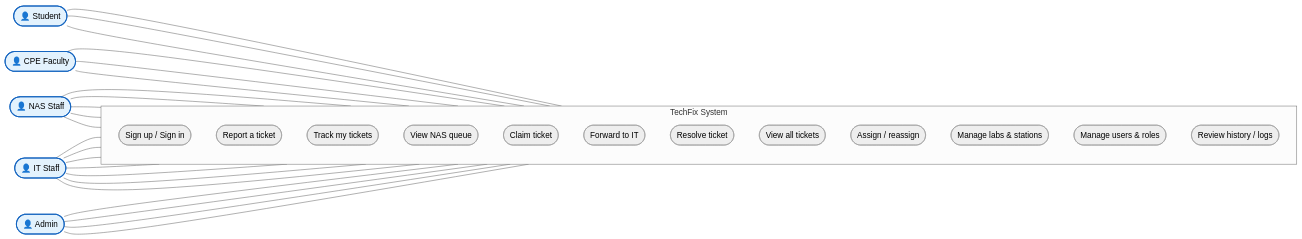
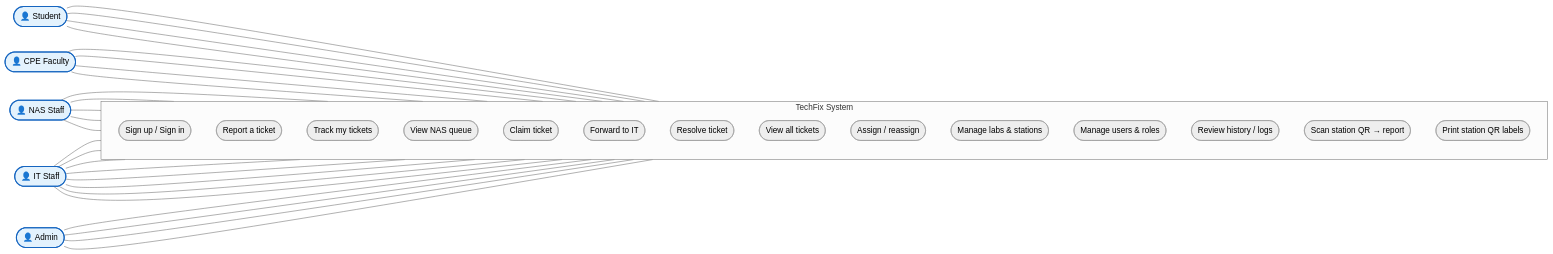
One commit to SeanixReal/Jobelonese changed the first of 5 diagrams in docs/presentation/UML_DIAGRAMS.md. Above: the diagram before and after it, drawn with Mermaid (neutral theme). The commit also changed other lines of this file, not shown here.

First line of the commit message:
docs: add station QR scan flow to UML diagrams (#62)

````diff
--- a/docs/presentation/UML_DIAGRAMS.md
+++ b/docs/presentation/UML_DIAGRAMS.md
@@ -18,32 +19,34 @@
 ```mermaid
 flowchart LR
     student([👤 Student]):::actor
     faculty([👤 CPE Faculty]):::actor
     nas([👤 NAS Staff]):::actor
     it([👤 IT Staff]):::actor
     admin([👤 Admin]):::actor
 
     subgraph TechFix["TechFix System"]
         direction TB
         uc1(["Sign up / Sign in"])
         uc2(["Report a ticket"])
         uc3(["Track my tickets"])
         uc4(["View NAS queue"])
         uc5(["Claim ticket"])
         uc6(["Forward to IT"])
         uc7(["Resolve ticket"])
         uc8(["View all tickets"])
         uc9(["Assign / reassign"])
         uc10(["Manage labs & stations"])
         uc11(["Manage users & roles"])
         uc12(["Review history / logs"])
+        uc13(["Scan station QR → report"])
+        uc14(["Print station QR labels"])
     end
 
-    student --- uc1 & uc2 & uc3
-    faculty --- uc1 & uc2 & uc3
+    student --- uc1 & uc13 & uc2 & uc3
+    faculty --- uc1 & uc13 & uc2 & uc3
     nas --- uc1 & uc4 & uc5 & uc6 & uc7
-    it --- uc1 & uc8 & uc5 & uc9 & uc7 & uc10 & uc12
+    it --- uc1 & uc8 & uc5 & uc9 & uc7 & uc10 & uc14 & uc12
     admin --- uc1 & uc8 & uc11 & uc12
 
     classDef actor fill:#e3f2fd,stroke:#1565c0,stroke-width:2px;
 ```
````
